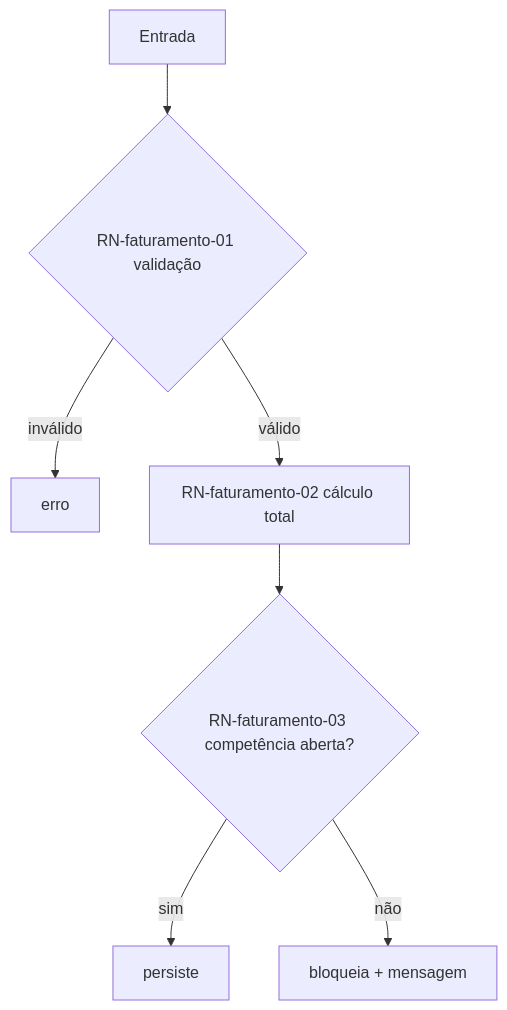
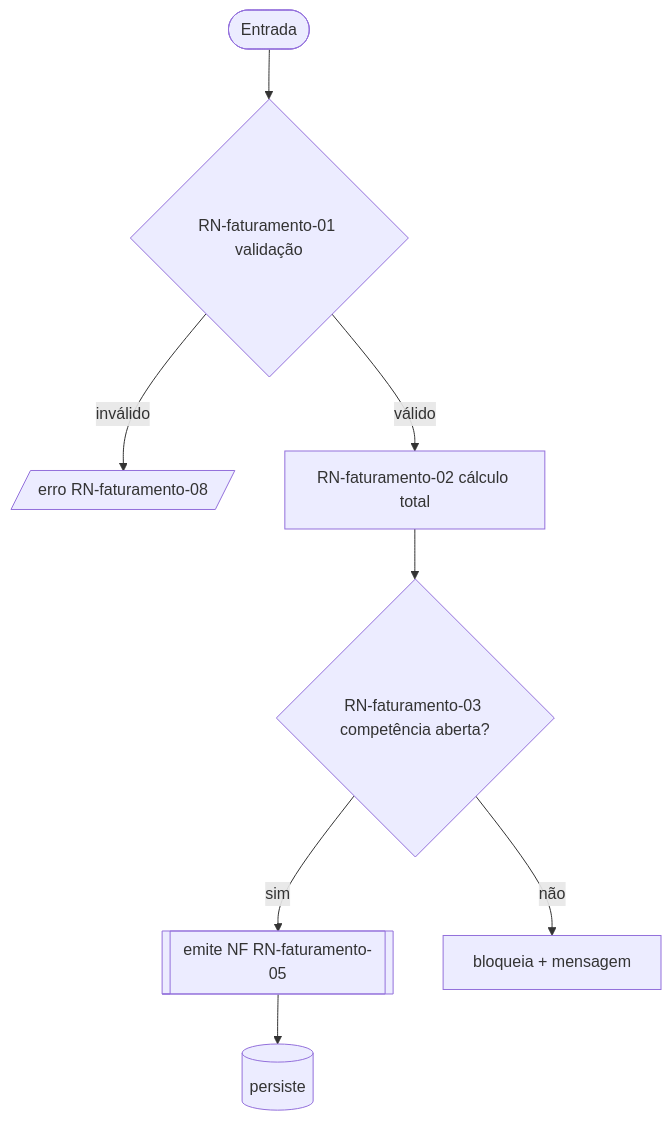
The first of 3 diagrams in docs/05-templates/atlas-regras-negocio.template.md (tiburcioMartim/OML), drawn with Mermaid before and after one commit. The commit also changed other lines of this file and 10 other files, not shown here.

````diff
--- a/docs/05-templates/atlas-regras-negocio.template.md
+++ b/docs/05-templates/atlas-regras-negocio.template.md
@@ -56,9 +56,9 @@
 ```mermaid
 flowchart TD
-    A[Entrada] --> B{RN-faturamento-01 validação}
-    B -- inválido --> E[erro]
+    A([Entrada]) --> B{RN-faturamento-01 validação}
+    B -- inválido --> E[/erro RN-faturamento-08/]
     B -- válido --> C[RN-faturamento-02 cálculo total]
     C --> D{RN-faturamento-03 competência aberta?}
-    D -- sim --> G[persiste]
+    D -- sim --> F[[emite NF RN-faturamento-05]] --> G[(persiste)]
     D -- não --> H[bloqueia + mensagem]
 ```
````
